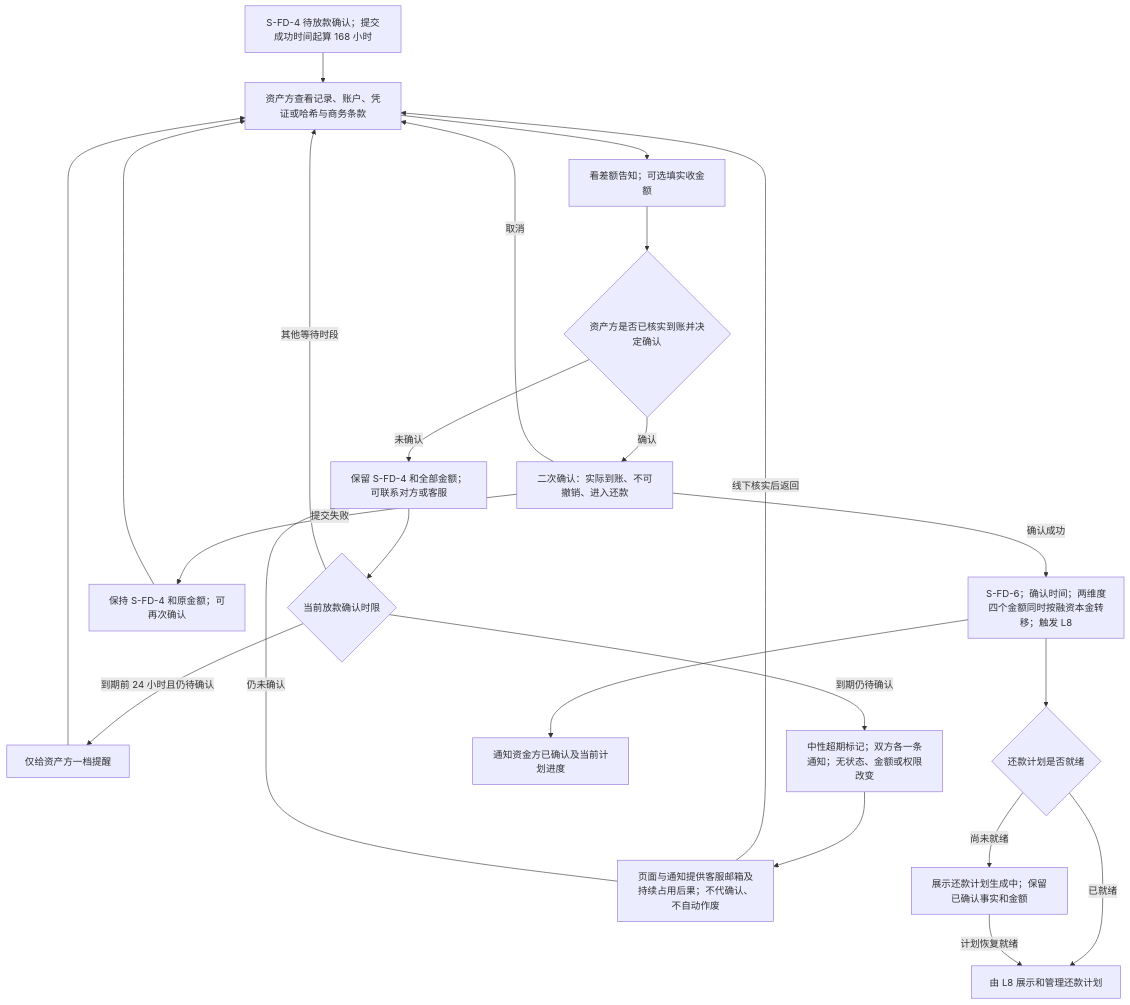
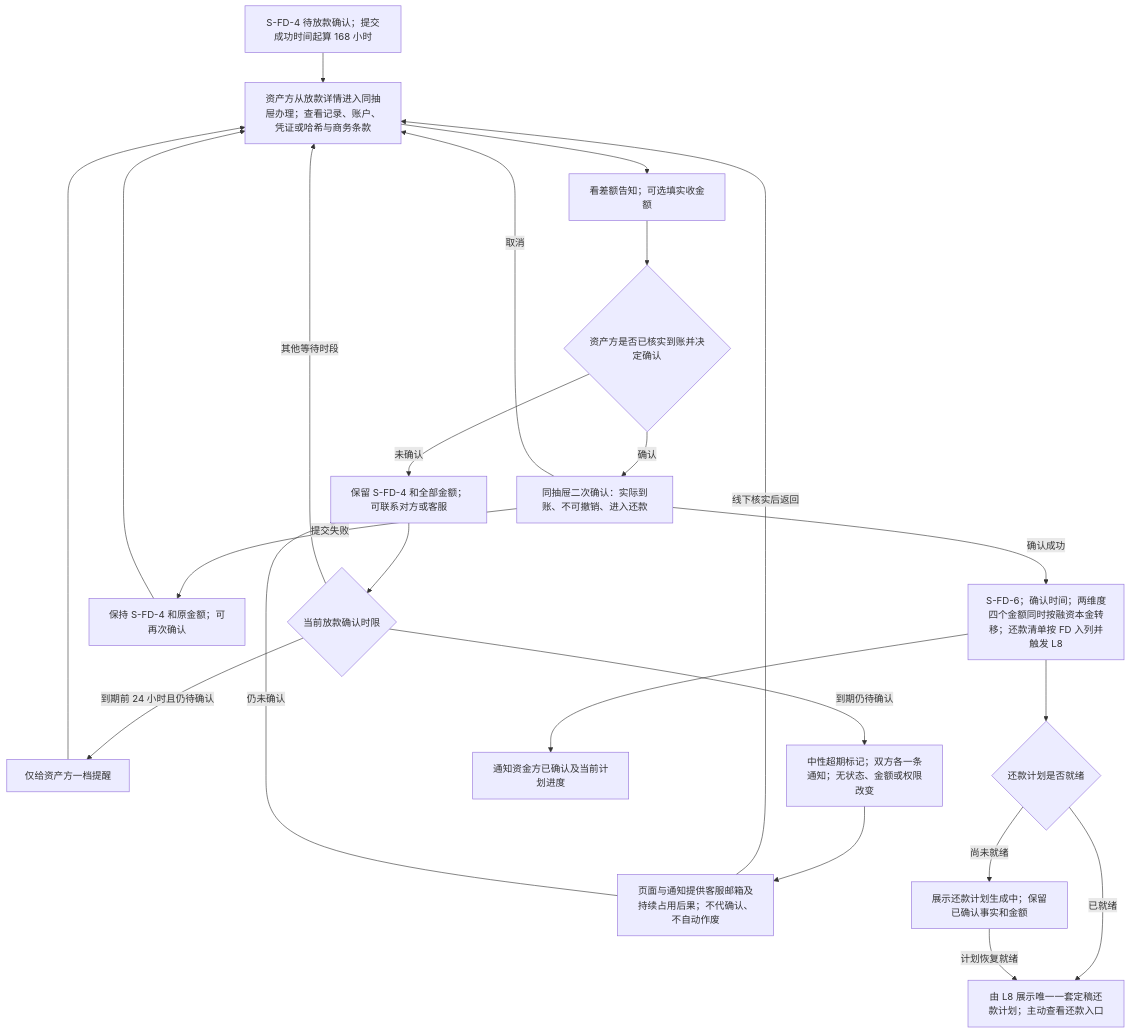
One commit to wxblockchain/Chain-Financing changed the fourth of 6 diagrams in lending-platform/PRD/v1.0-借贷广场-放款与放款确认/v1.0-借贷广场-放款与放款确认-流程图与状态机.md. Above: the diagram before and after it, drawn with Mermaid. The commit also changed other lines of this file and 13 other files, not shown here.

````diff
--- a/lending-platform/PRD/v1.0-借贷广场-放款与放款确认/v1.0-借贷广场-放款与放款确认-流程图与状态机.md
+++ b/lending-platform/PRD/v1.0-借贷广场-放款与放款确认/v1.0-借贷广场-放款与放款确认-流程图与状态机.md
@@ -79,25 +112,25 @@
 ```mermaid
 flowchart TD
-  A[S-FD-4 待放款确认；提交成功时间起算 168 小时] --> B[资产方查看记录、账户、凭证或哈希与商务条款]
+  A[S-FD-4 待放款确认；提交成功时间起算 168 小时] --> B[资产方从放款详情进入同抽屉办理；查看记录、账户、凭证或哈希与商务条款]
   B --> C[看差额告知；可选填实收金额]
   C --> D{资产方是否已核实到账并决定确认}
   D -->|未确认| E[保留 S-FD-4 和全部金额；可联系对方或客服]
   E --> F{当前放款确认时限}
   F -->|到期前 24 小时且仍待确认| G[仅给资产方一档提醒]
   F -->|到期仍待确认| H[中性超期标记；双方各一条通知；无状态、金额或权限改变]
   F -->|其他等待时段| B
   G --> B
   H --> I[页面与通知提供客服邮箱及持续占用后果；不代确认、不自动作废]
   I -->|线下核实后返回| B
   I -->|仍未确认| E
-  D -->|确认| J[二次确认：实际到账、不可撤销、进入还款]
+  D -->|确认| J[同抽屉二次确认：实际到账、不可撤销、进入还款]
   J -->|取消| B
   J -->|提交失败| K[保持 S-FD-4 和原金额；可再次确认]
   K --> B
-  J -->|确认成功| L[S-FD-6；确认时间；两维度四个金额同时按融资本金转移；触发 L8]
+  J -->|确认成功| L[S-FD-6；确认时间；两维度四个金额同时按融资本金转移；还款清单按 FD 入列并触发 L8]
   L --> M[通知资金方已确认及当前计划进度]
   L --> N{还款计划是否就绪}
-  N -->|已就绪| O[由 L8 展示和管理还款计划]
+  N -->|已就绪| O[由 L8 展示唯一一套定稿还款计划；主动查看还款入口]
   N -->|尚未就绪| P[展示还款计划生成中；保留已确认事实和金额]
   P -->|计划恢复就绪| O
 ```
````
